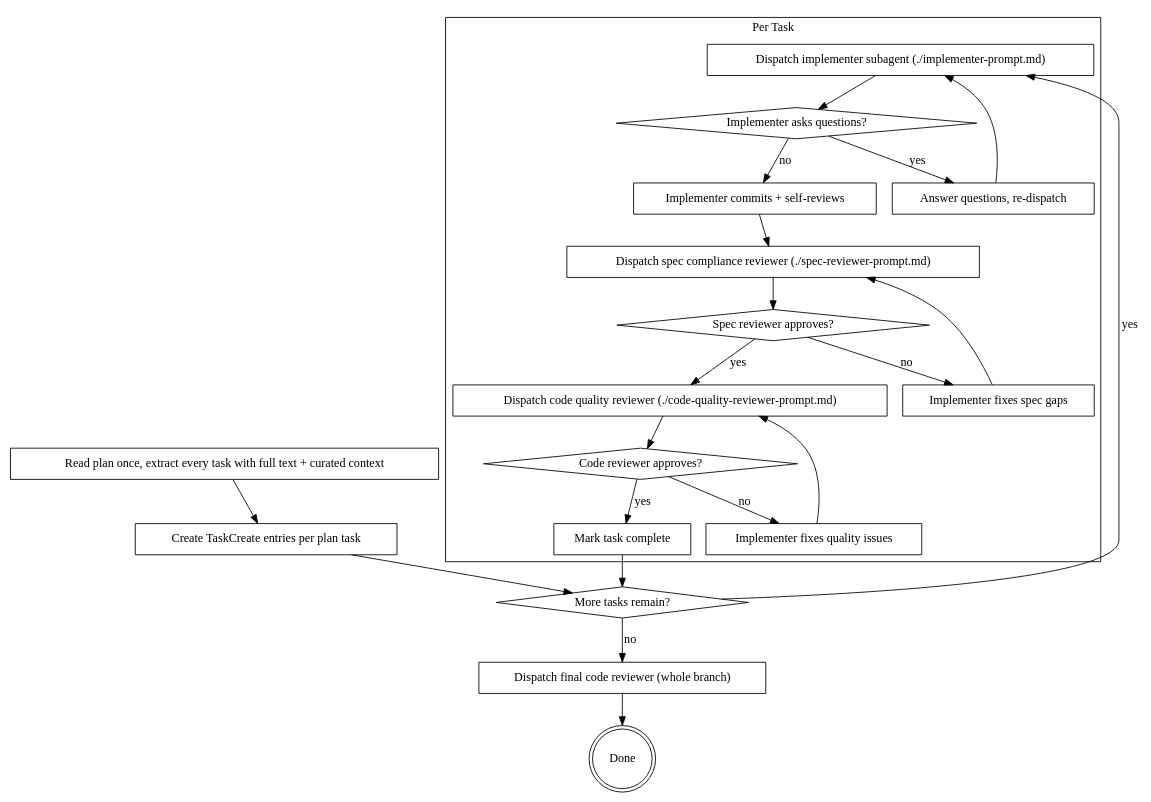
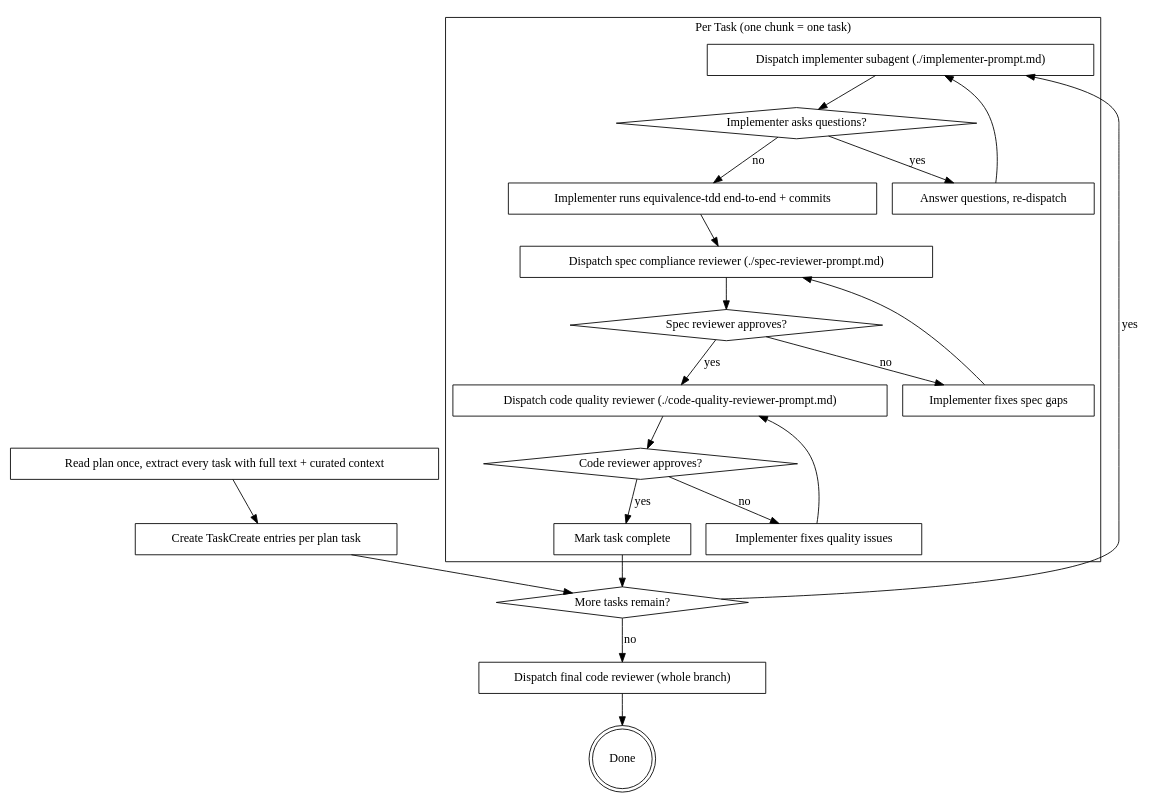
Before and after one commit to duongnghia222/code-distilling: the second of 2 diagrams in skills/distillation-execution/SKILL.md, drawn with Graphviz. The commit also changed other lines of this file, not shown here.

First line of the commit message:
distill(superpowers/sdd): port SKILL.md — collapse per-chunk tasks

````diff
--- a/skills/distillation-execution/SKILL.md
+++ b/skills/distillation-execution/SKILL.md
@@ -44,47 +44,47 @@
 ```dot
 digraph process {
     rankdir=TB;
 
     "Read plan once, extract every task with full text + curated context" [shape=box];
     "Create TaskCreate entries per plan task" [shape=box];
 
     subgraph cluster_per_task {
-        label="Per Task";
+        label="Per Task (one chunk = one task)";
         "Dispatch implementer subagent (./implementer-prompt.md)" [shape=box];
         "Implementer asks questions?" [shape=diamond];
         "Answer questions, re-dispatch" [shape=box];
-        "Implementer commits + self-reviews" [shape=box];
+        "Implementer runs equivalence-tdd end-to-end + commits" [shape=box];
         "Dispatch spec compliance reviewer (./spec-reviewer-prompt.md)" [shape=box];
         "Spec reviewer approves?" [shape=diamond];
         "Implementer fixes spec gaps" [shape=box];
         "Dispatch code quality reviewer (./code-quality-reviewer-prompt.md)" [shape=box];
         "Code reviewer approves?" [shape=diamond];
         "Implementer fixes quality issues" [shape=box];
         "Mark task complete" [shape=box];
     }
 
     "More tasks remain?" [shape=diamond];
     "Dispatch final code reviewer (whole branch)" [shape=box];
     "Done" [shape=doublecircle];
 
     "Read plan once, extract every task with full text + curated context" -> "Create TaskCreate entries per plan task";
     "Create TaskCreate entries per plan task" -> "More tasks remain?";
     "More tasks remain?" -> "Dispatch implementer subagent (./implementer-prompt.md)" [label="yes"];
     "Dispatch implementer subagent (./implementer-prompt.md)" -> "Implementer asks questions?";
     "Implementer asks questions?" -> "Answer questions, re-dispatch" [label="yes"];
     "Answer questions, re-dispatch" -> "Dispatch implementer subagent (./implementer-prompt.md)";
-    "Implementer asks questions?" -> "Implementer commits + self-reviews" [label="no"];
-    "Implementer commits + self-reviews" -> "Dispatch spec compliance reviewer (./spec-reviewer-prompt.md)";
+    "Implementer asks questions?" -> "Implementer runs equivalence-tdd end-to-end + commits" [label="no"];
+    "Implementer runs equivalence-tdd end-to-end + commits" -> "Dispatch spec compliance reviewer (./spec-reviewer-prompt.md)";
     "Dispatch spec compliance reviewer (./spec-reviewer-prompt.md)" -> "Spec reviewer approves?";
     "Spec reviewer approves?" -> "Implementer fixes spec gaps" [label="no"];
     "Implementer fixes spec gaps" -> "Dispatch spec compliance reviewer (./spec-reviewer-prompt.md)";
     "Spec reviewer approves?" -> "Dispatch code quality reviewer (./code-quality-reviewer-prompt.md)" [label="yes"];
     "Dispatch code quality reviewer (./code-quality-reviewer-prompt.md)" -> "Code reviewer approves?";
     "Code reviewer approves?" -> "Implementer fixes quality issues" [label="no"];
     "Implementer fixes quality issues" -> "Dispatch code quality reviewer (./code-quality-reviewer-prompt.md)";
     "Code reviewer approves?" -> "Mark task complete" [label="yes"];
     "Mark task complete" -> "More tasks remain?";
     "More tasks remain?" -> "Dispatch final code reviewer (whole branch)" [label="no"];
     "Dispatch final code reviewer (whole branch)" -> "Done";
 }
 ```
````
